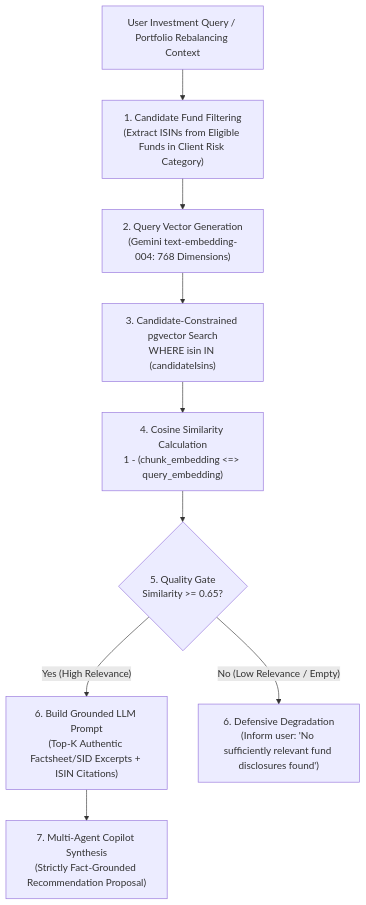
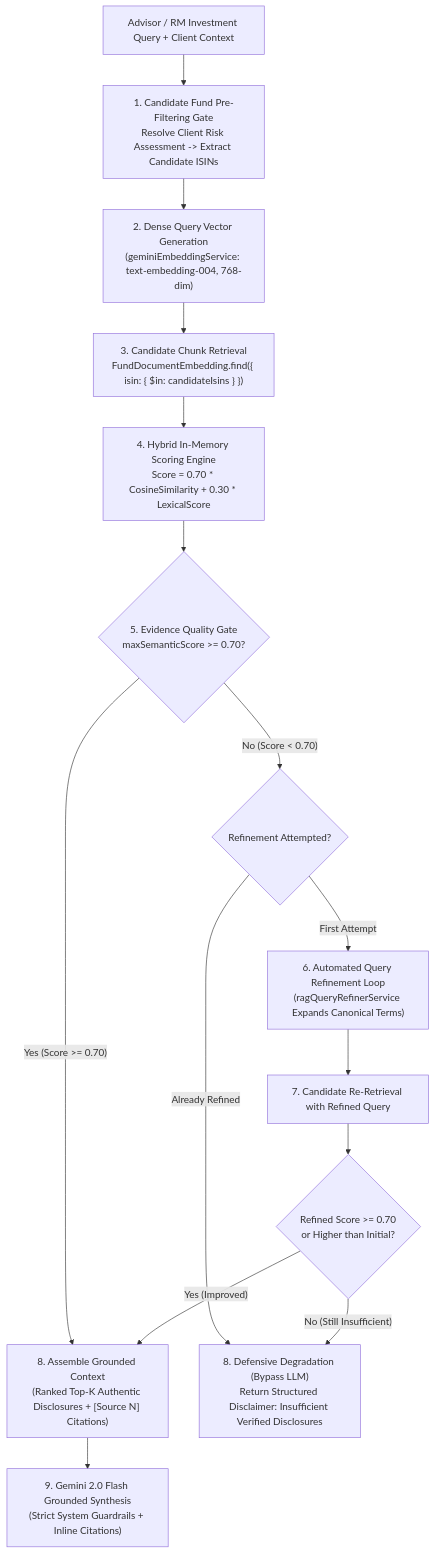
One commit to NatsuDrag9/wealth-tech-crm changed diagram 34 of 37 in docs/Uml_Diagrams.md. Above: the diagram before and after it, drawn with Mermaid. The commit also changed other lines of this file and 2 other files, not shown here.

Commit message:
docs(rag): document RAG evaluation telemetry linkage, hybrid retrieval flow, and model configurations

````diff
--- a/docs/Uml_Diagrams.md
+++ b/docs/Uml_Diagrams.md
@@ -1805,17 +1810,30 @@
 ```mermaid
 flowchart TD
-    UserQuery["User Investment Query / Portfolio Rebalancing Context"] --> FilterCandidates["1. Candidate Fund Filtering<br/>(Extract ISINs from Eligible Funds in Client Risk Category)"]
+    UserQuery["Advisor / RM Investment Query + Client Context"] --> PreFilter["1. Candidate Fund Pre-Filtering Gate<br/>Resolve Client Risk Assessment -> Extract Candidate ISINs"]
     
-    FilterCandidates --> EmbedQuery["2. Query Vector Generation<br/>(Gemini text-embedding-004: 768 Dimensions)"]
+    PreFilter --> QueryEmbed["2. Dense Query Vector Generation<br/>(geminiEmbeddingService: text-embedding-004, 768-dim)"]
     
-    EmbedQuery --> VectorSearch["3. Candidate-Constrained pgvector Search<br/>WHERE isin IN (candidateIsins)"]
+    QueryEmbed --> MongoFetch["3. Candidate Chunk Retrieval<br/>FundDocumentEmbedding.find({ isin: { $in: candidateIsins } })"]
     
-    VectorSearch --> CosineSim["4. Cosine Similarity Calculation<br/>1 - (chunk_embedding <=> query_embedding)"]
+    MongoFetch --> HybridScoring["4. Hybrid In-Memory Scoring Engine<br/>Score = 0.70 * CosineSimilarity + 0.30 * LexicalScore"]
     
-    CosineSim --> QualityGate{"5. Quality Gate<br/>Similarity >= 0.65?"}
+    HybridScoring --> QualityGate{"5. Evidence Quality Gate<br/>maxSemanticScore >= 0.70?"}
     
-    QualityGate -- "Yes (High Relevance)" --> GroundedContext["6. Build Grounded LLM Prompt<br/>(Top-K Authentic Factsheet/SID Excerpts + ISIN Citations)"]
-    QualityGate -- "No (Low Relevance / Empty)" --> FallbackNotice["6. Defensive Degradation<br/>(Inform user: 'No sufficiently relevant fund disclosures found')"]
+    QualityGate -- "No (Score < 0.70)" --> RefinementCheck{"Refinement Attempted?"}
     
-    GroundedContext --> CopilotReasoning["7. Multi-Agent Copilot Synthesis<br/>(Strictly Fact-Grounded Recommendation Proposal)"]
+    RefinementCheck -- "First Attempt" --> QueryRefiner["6. Automated Query Refinement Loop<br/>(ragQueryRefinerService Expands Canonical Terms)"]
+    
+    QueryRefiner --> ReRetrieval["7. Candidate Re-Retrieval with Refined Query"]
+    
+    ReRetrieval --> PostRefineGate{"Refined Score >= 0.70<br/>or Higher than Initial?"}
+    
+    PostRefineGate -- "Yes (Improved)" --> AssembleContext["8. Assemble Grounded Context<br/>(Ranked Top-K Authentic Disclosures + [Source N] Citations)"]
+    
+    PostRefineGate -- "No (Still Insufficient)" --> DefensiveDegradation["8. Defensive Degradation (Bypass LLM)<br/>Return Structured Disclaimer: Insufficient Verified Disclosures"]
+    
+    RefinementCheck -- "Already Refined" --> DefensiveDegradation
+    
+    QualityGate -- "Yes (Score >= 0.70)" --> AssembleContext
+    
+    AssembleContext --> GeminiGen["9. Gemini 2.0 Flash Grounded Synthesis<br/>(Strict System Guardrails + Inline Citations)"]
 ```
````
